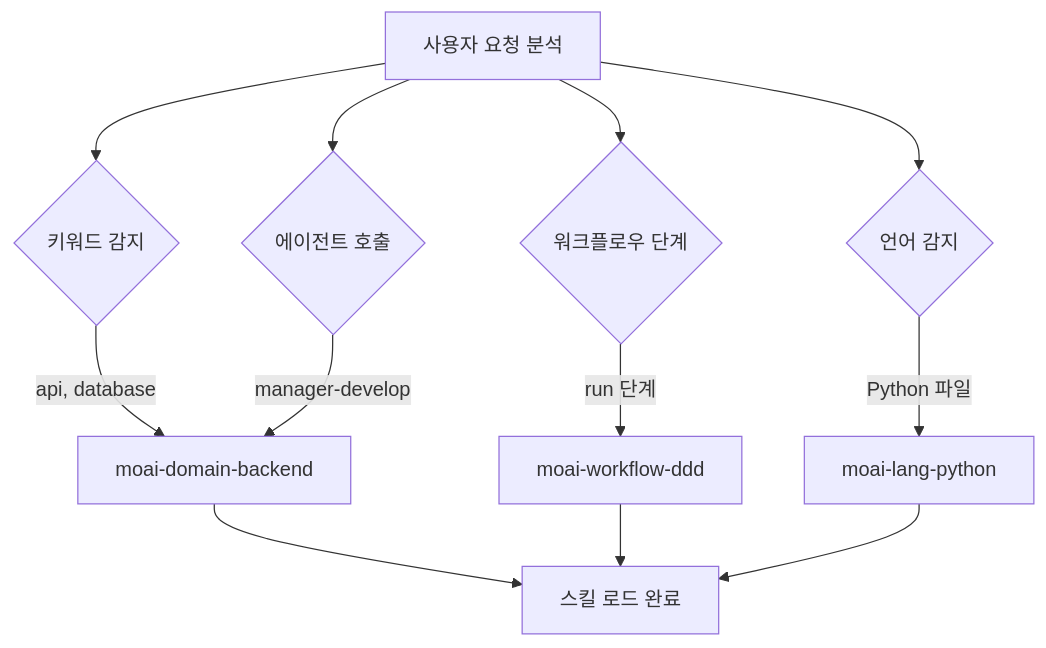
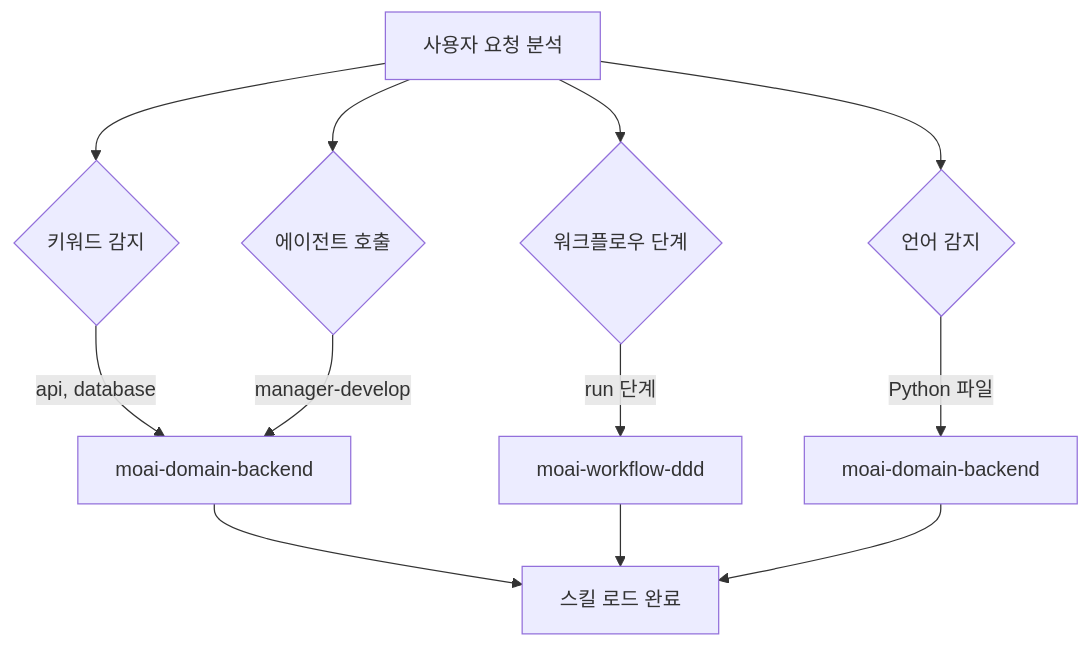
One commit to modu-ai/moai-adk changed the third of 4 diagrams in docs-site/content/ko/advanced/skill-guide.md. Above: the diagram before and after it, drawn with Mermaid. The commit also changed other lines of this file and 19 other files, not shown here.

````diff
--- a/docs-site/content/ko/advanced/skill-guide.md
+++ b/docs-site/content/ko/advanced/skill-guide.md
@@ -202,16 +173,16 @@
 ```mermaid
 flowchart TD
     REQ[사용자 요청 분석] --> KW{키워드 감지}
     REQ --> AG{에이전트 호출}
     REQ --> PH{워크플로우 단계}
     REQ --> LN{언어 감지}
 
     KW -->|"api, database"| SKILL1[moai-domain-backend]
     AG -->|"manager-develop"| SKILL1
     PH -->|"run 단계"| SKILL2[moai-workflow-ddd]
-    LN -->|"Python 파일"| SKILL3[moai-lang-python]
+    LN -->|"Python 파일"| SKILL3[moai-domain-backend]
 
     SKILL1 --> LOAD[스킬 로드 완료]
     SKILL2 --> LOAD
     SKILL3 --> LOAD
 ```
````
